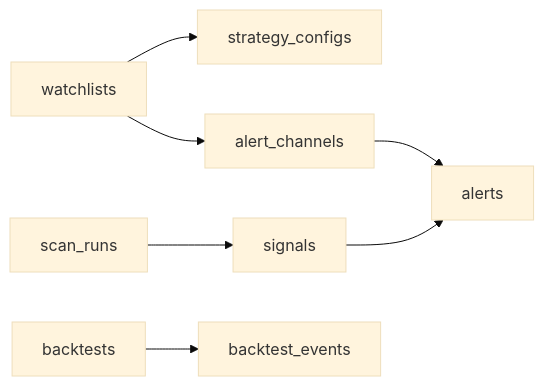
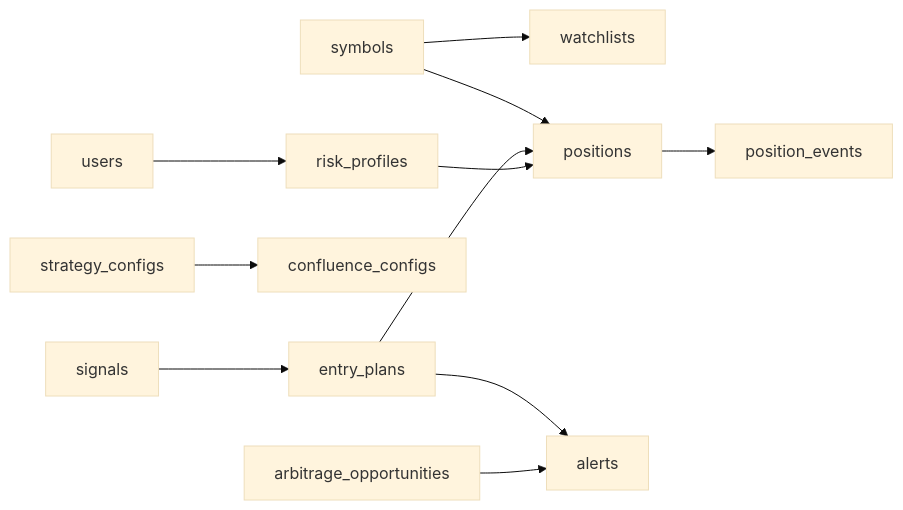
Before and after one commit to migueltrevinom/crypto-signals-with-grok-bot: the diagram in docs/data-model.md, drawn with Mermaid (base theme). The commit also changed other lines of this file and 132 other files, not shown here.

````diff
--- a/docs/data-model.md
+++ b/docs/data-model.md
@@ -280,9 +298,13 @@
 ```mermaid
 flowchart LR
-  watchlists --> strategy_configs
-  watchlists --> alert_channels
-  scan_runs --> signals
-  signals --> alerts
-  alert_channels --> alerts
-  backtests --> backtest_events
+  users --> risk_profiles
+  symbols --> watchlists
+  symbols --> positions
+  strategy_configs --> confluence_configs
+  signals --> entry_plans
+  entry_plans --> positions
+  risk_profiles --> positions
+  positions --> position_events
+  entry_plans --> alerts
+  arbitrage_opportunities --> alerts
 ```
````
